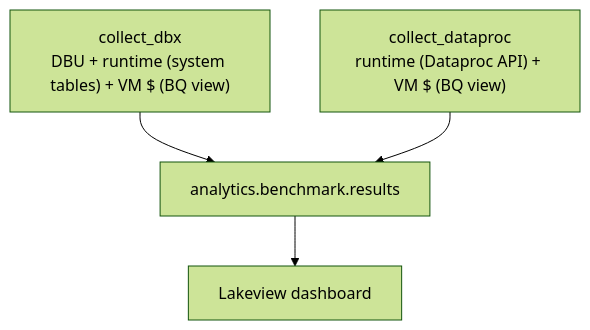
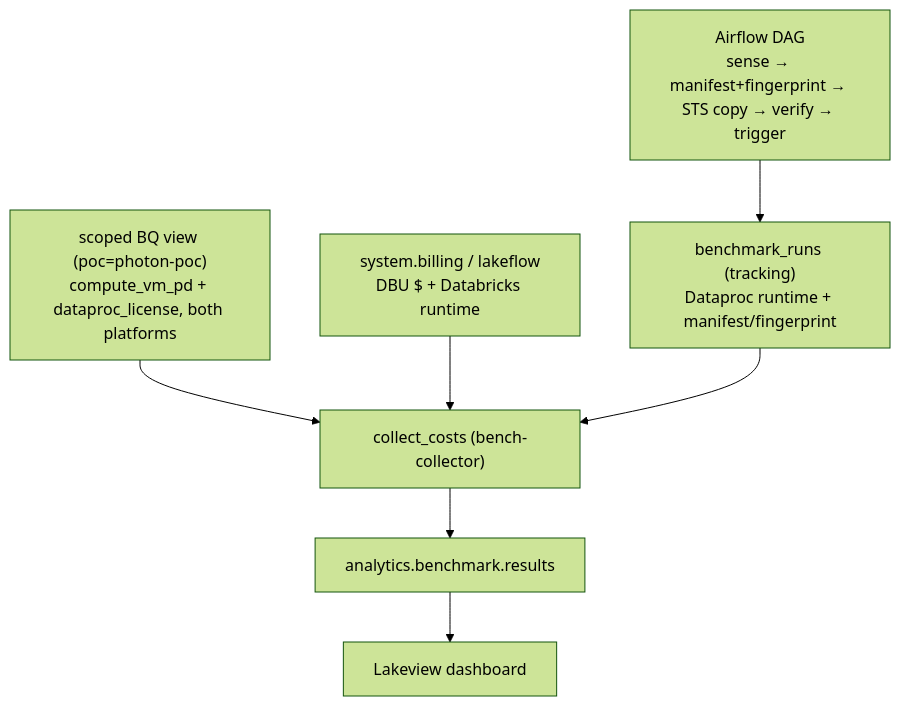
Before and after one commit to klevisa/shared-vpc-cmk-psc-databricks-deployment: the diagram in benchmark/README.md, drawn with Mermaid (forest theme). The commit also changed other lines of this file and 1 other file, not shown here.

First line of the commit message:
Rework benchmark phases 5-6 for Airflow orchestration + collector-only (#3)

````diff
--- a/benchmark/README.md
+++ b/benchmark/README.md
@@ -93,10 +115,15 @@
 ```mermaid
 flowchart TB
+    A["Airflow DAG<br/>sense → manifest+fingerprint → STS copy → verify → trigger"]
+    V["scoped BQ view (poc=photon-poc)<br/>compute_vm_pd + dataproc_license, both platforms"]
+    S["system.billing / lakeflow<br/>DBU $ + Databricks runtime"]
+    T["benchmark_runs (tracking)<br/>Dataproc runtime + manifest/fingerprint"]
+    C["collect_costs (bench-collector)"]
     R["analytics.benchmark.results"]
-    C1["collect_dbx<br/>DBU + runtime (system tables) + VM $ (BQ view)"]
-    C2["collect_dataproc<br/>runtime (Dataproc API) + VM $ (BQ view)"]
     D["Lakeview dashboard"]
-    C1 --> R
-    C2 --> R
-    R --> D
+    A --> T
+    V --> C
+    S --> C
+    T --> C
+    C --> R --> D
 ```
````
